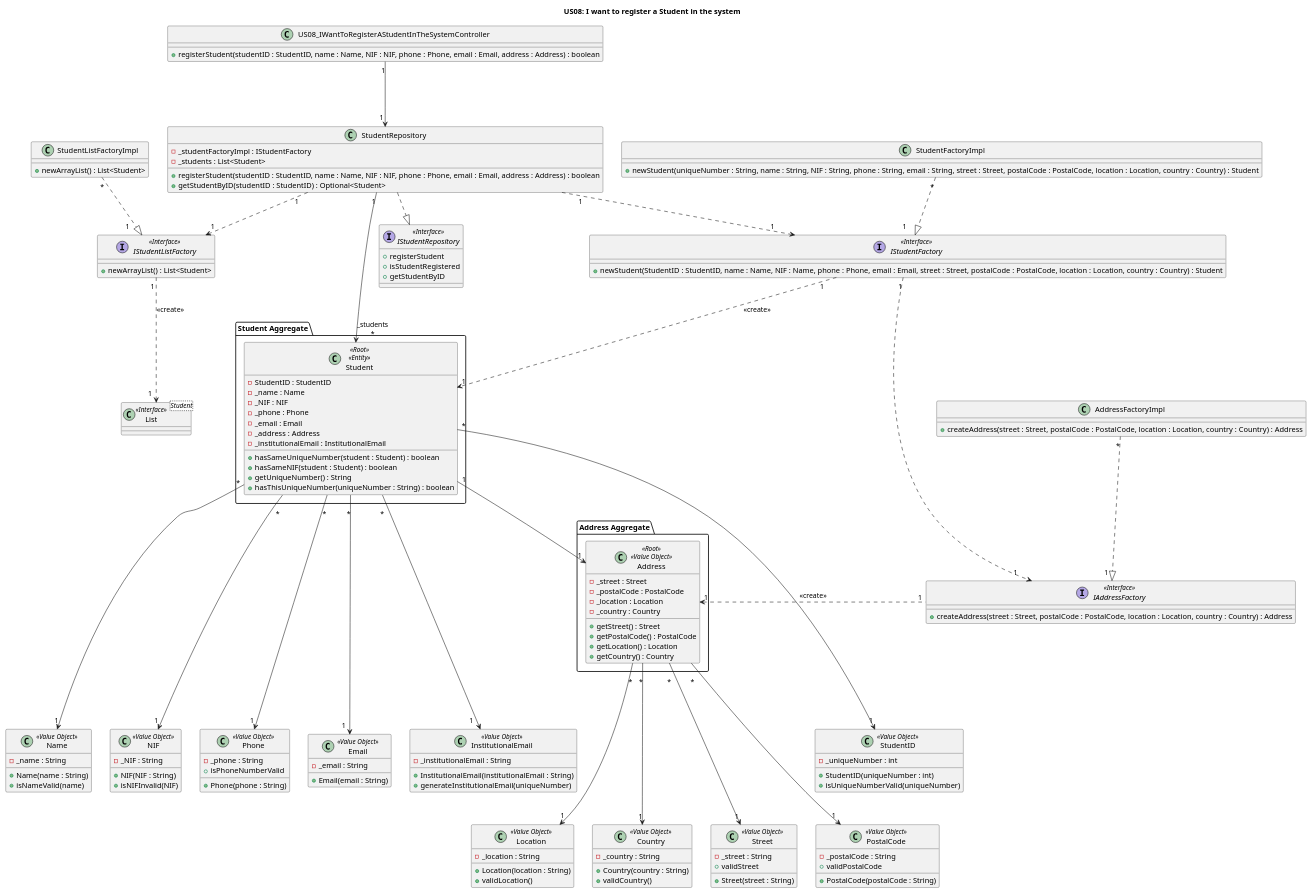
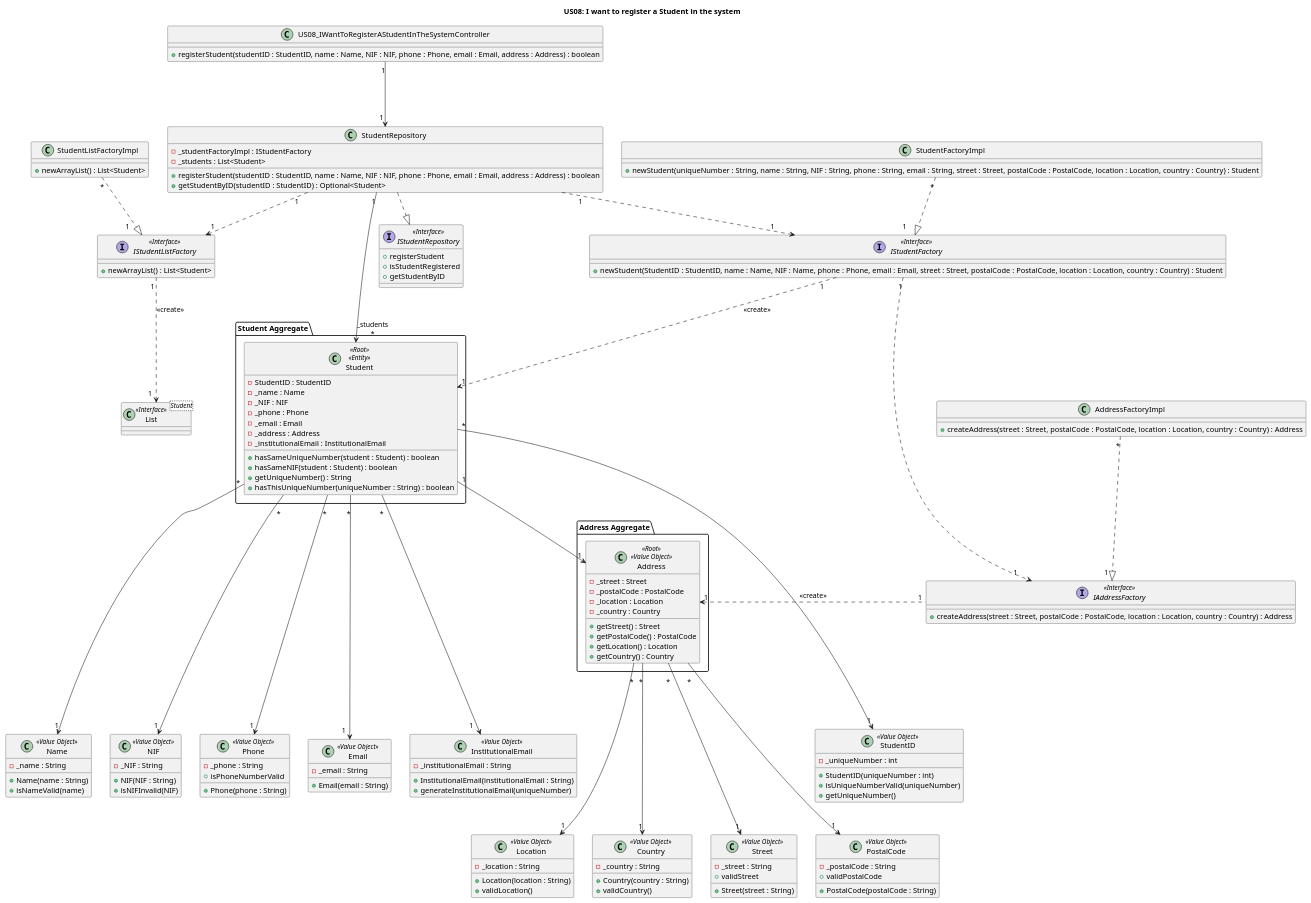
Before and after one commit to GasparISEP/DevOps-PAI: the diagram in docs/US08/US08_ClassDiagram.puml, drawn with PlantUML. The commit also changed 1 other file, not shown here.

Commit message:
Fix #153: Improved US08_ClassDiagram and small change regarding DDD principles in US08_SequenceDiagram

```diff
--- a/docs/US08/US08_ClassDiagram.puml
+++ b/docs/US08/US08_ClassDiagram.puml
@@ -1,161 +1,162 @@
 @startuml
 title US08: I want to register a Student in the system
 
 
 class US08_IWantToRegisterAStudentInTheSystemController {
     + registerStudent(studentID : StudentID, name : Name, NIF : NIF, phone : Phone, email : Email, address : Address) : boolean
 }
 
 class StudentRepository {
     - _studentFactoryImpl : IStudentFactory
     - _students : List<Student>
     + registerStudent(studentID : StudentID, name : Name, NIF : NIF, phone : Phone, email : Email, address : Address) : boolean
     + getStudentByID(studentID : StudentID) : Optional<Student>
 }
 
 package "Student Aggregate" {
     class Student <<Root>> <<Entity>> {
         - StudentID : StudentID
         - _name : Name
         - _NIF : NIF
         - _phone : Phone
         - _email : Email
         - _address : Address
         - _institutionalEmail : InstitutionalEmail
         + hasSameUniqueNumber(student : Student) : boolean
         + hasSameNIF(student : Student) : boolean
         + getUniqueNumber() : String
         + hasThisUniqueNumber(uniqueNumber : String) : boolean
     }
 }
 
 package "Address Aggregate" {
     class Address <<Root>> <<Value Object>> {
         - _street : Street
         - _postalCode : PostalCode
         - _location : Location
         - _country : Country
         + getStreet() : Street
         + getPostalCode() : PostalCode
         + getLocation() : Location
         + getCountry() : Country
     }
 }
 
 class StudentID <<Value Object>> {
     -_uniqueNumber : int
     + StudentID(uniqueNumber : int)
     + isUniqueNumberValid(uniqueNumber)
+    + getUniqueNumber()
 }
 
 class Name <<Value Object>> {
     -_name : String
     + Name(name : String)
     + isNameValid(name)
 }
 
 class NIF <<Value Object>> {
     -_NIF : String
     + NIF(NIF : String)
     + isNIFInvalid(NIF)
 }
 
 class Phone <<Value Object>> {
     -_phone : String
     + Phone(phone : String)
     + isPhoneNumberValid
 }
 
 class Email <<Value Object>> {
     -_email : String
     + Email(email : String)
 }
 
 class InstitutionalEmail <<Value Object>> {
     -_institutionalEmail : String
     + InstitutionalEmail(institutionalEmail : String)
     + generateInstitutionalEmail(uniqueNumber)
 }
 
 class Street <<Value Object>> {
     -_street : String
     + Street(street : String)
     + validStreet
 }
 
 class PostalCode <<Value Object>> {
     -_postalCode : String
     + PostalCode(postalCode : String)
     + validPostalCode
 }
 
 class Location <<Value Object>> {
     -_location : String
     + Location(location : String)
     + validLocation()
 }
 
 class Country <<Value Object>> {
     -_country : String
     + Country(country : String)
     + validCountry()
 }
 
 interface IStudentFactory <<Interface>> {
     + newStudent(StudentID : StudentID, name : Name, NIF : Name, phone : Phone, email : Email, street : Street, postalCode : PostalCode, location : Location, country : Country) : Student
 }
 
 class StudentFactoryImpl {
     + newStudent(uniqueNumber : String, name : String, NIF : String, phone : String, email : String, street : Street, postalCode : PostalCode, location : Location, country : Country) : Student
 }
 
 interface IStudentListFactory <<Interface>> {
     + newArrayList() : List<Student>
 }
 
 class StudentListFactoryImpl {
     + newArrayList() : List<Student>
 }
 
 interface IAddressFactory <<Interface>> {
     + createAddress(street : Street, postalCode : PostalCode, location : Location, country : Country) : Address
 }
 
 class AddressFactoryImpl {
     + createAddress(street : Street, postalCode : PostalCode, location : Location, country : Country) : Address
 }
 
 class List<Student> <<Interface>> {}
 
 interface IStudentRepository <<Interface>> {
     +registerStudent
     +isStudentRegistered
     +getStudentByID
 }
 
 
 US08_IWantToRegisterAStudentInTheSystemController "1" ---> "1 " StudentRepository
 StudentRepository "1" ..> "1" IStudentFactory
 StudentRepository "1" ---> "_students\n*" Student
 StudentRepository "1" ..> "1" IStudentListFactory
 IStudentListFactory "1 " ..> "1  " List: <<create>>
 Student "1" --> "1" Address
 StudentFactoryImpl "*" ..|> "1     " IStudentFactory
 StudentListFactoryImpl "*" ..|> "1     " IStudentListFactory
 AddressFactoryImpl "*" ..|> "1  " IAddressFactory
 IAddressFactory "1" .l.> "1" Address: <<create>>
 IStudentFactory "1" ..> "1" Student: <<create>>
 IStudentFactory "1" ..> "1" IAddressFactory
 StudentRepository ..|> IStudentRepository
 Student "*" ----> "1" StudentID
 Student "*" ----> "1" Name
 Student "\n *" ----> "1  " Email
 Student "\n *" ----> "1   " InstitutionalEmail
 Student "\n *" ----> "1 " Phone
 Student "\n *" ----> "1 " NIF
 Address "\n *" ----> "1" Street
 Address "\n *" ----> "1" PostalCode
 Address "\n *" ----> "1" Location
 Address "\n *" ----> "1" Country
 
 @enduml
```
